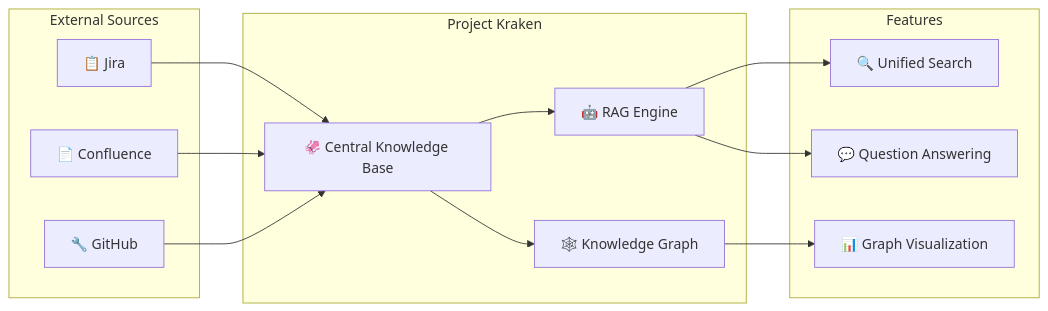
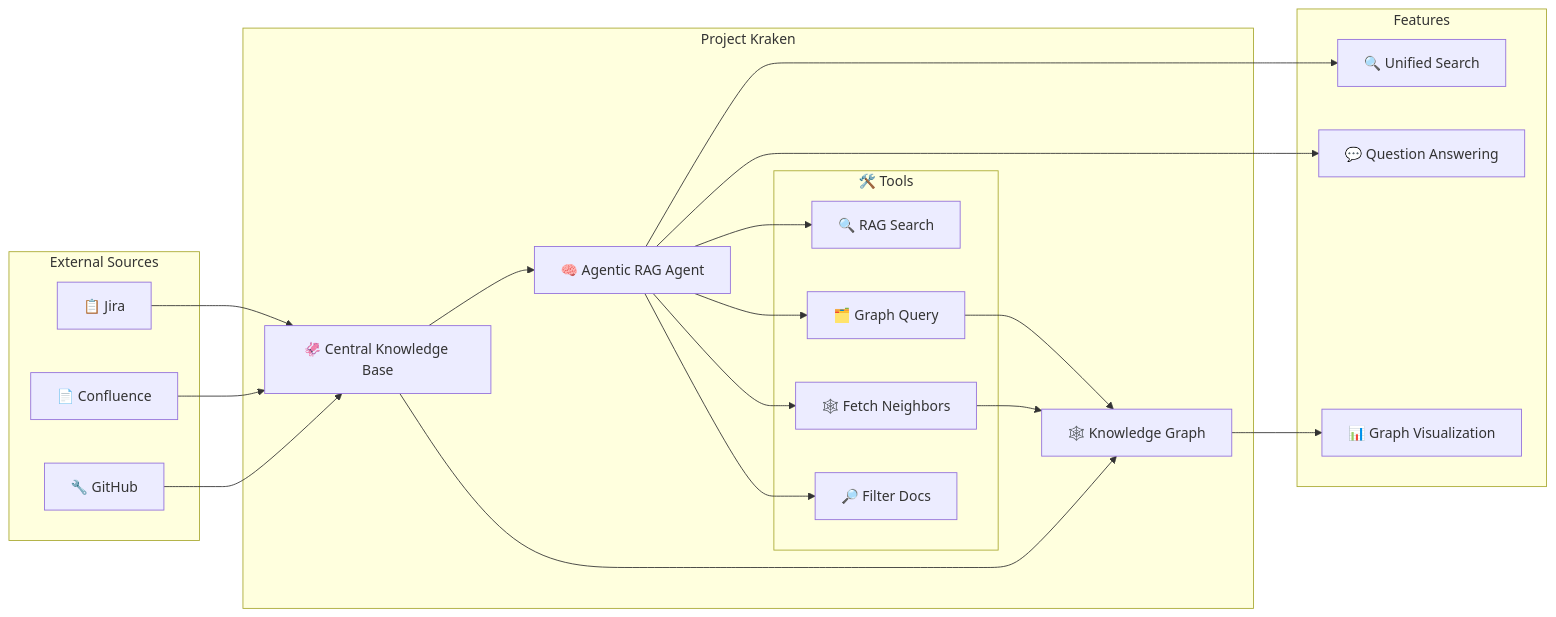
Before and after one commit to TrisNol/project-kraken: the first of 2 diagrams in docs/README.md, drawn with Mermaid. The commit also changed other lines of this file and 2 other files, not shown here.

````diff
--- a/docs/README.md
+++ b/docs/README.md
@@ -21,31 +34,43 @@
 ```mermaid
 graph LR
     subgraph "External Sources"
         J[📋 Jira]
         C[📄 Confluence]
         G[🔧 GitHub]
     end
     
     subgraph "Project Kraken"
         KB[🦑 Central Knowledge Base]
-        RAG[🤖 RAG Engine]
+        Agent[🧠 Agentic RAG Agent]
+        subgraph "🛠️ Tools"
+            T1[🔍 RAG Search]
+            T2[🗂️ Graph Query]
+            T3[🕸️ Fetch Neighbors]
+            T4[🔎 Filter Docs]
+        end
         Graph[🕸️ Knowledge Graph]
     end
     
     subgraph "Features"
         Search[🔍 Unified Search]
         QA[💬 Question Answering]
         Viz[📊 Graph Visualization]
     end
     
     J --> KB
     C --> KB
     G --> KB
     
-    KB --> RAG
+    KB --> Agent
+    Agent --> T1
+    Agent --> T2
+    Agent --> T3
+    Agent --> T4
+    T2 --> Graph
+    T3 --> Graph
     KB --> Graph
     
-    RAG --> Search
-    RAG --> QA
+    Agent --> Search
+    Agent --> QA
     Graph --> Viz
 ```
````
